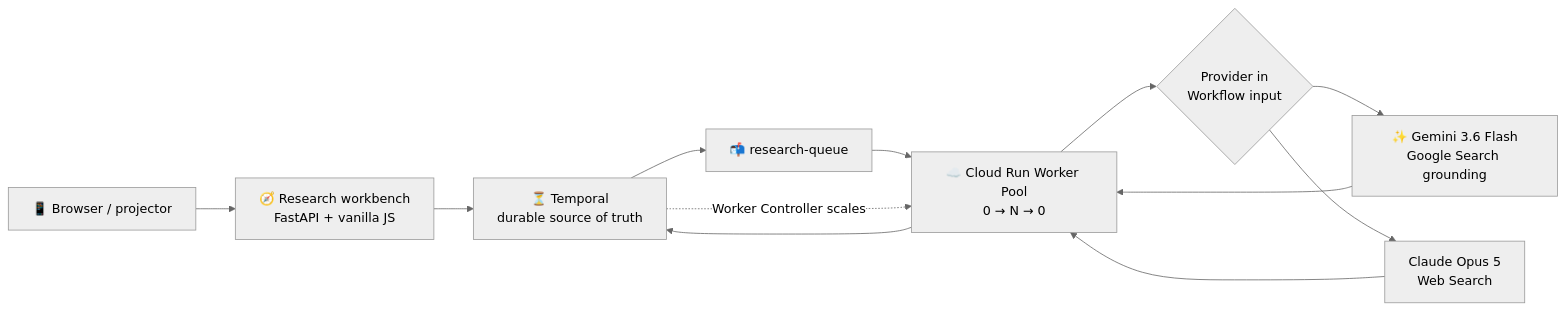
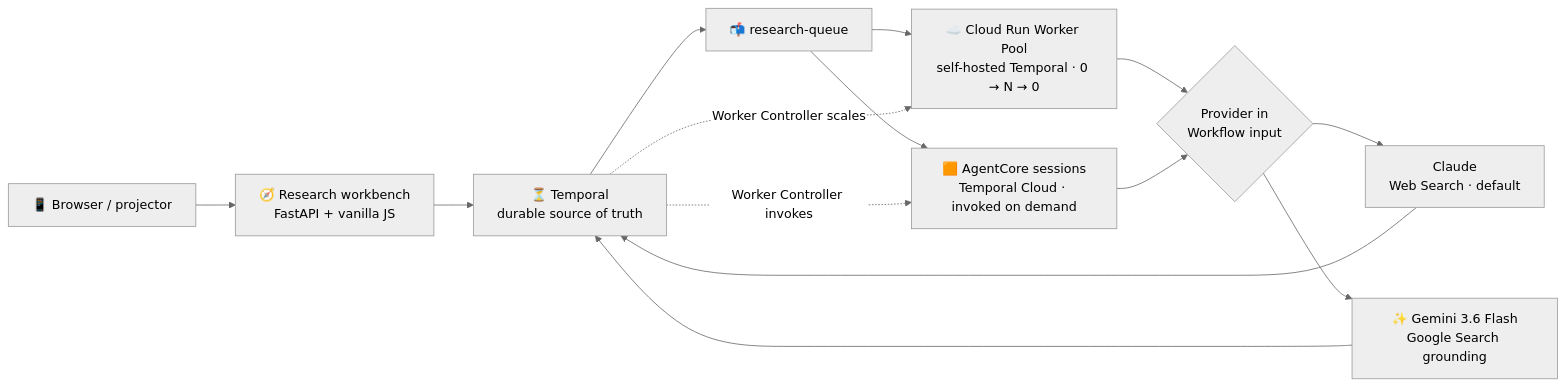
One commit to temporal-community/durable-research-fleet changed the diagram in README.md. Above: the diagram before and after it, drawn with Mermaid (neutral theme). The commit also changed other lines of this file and 6 other files, not shown here.

````diff
--- a/README.md
+++ b/README.md
@@ -43,14 +54,16 @@
 ```mermaid
 flowchart LR
     U["📱 Browser / projector"] --> W["🧭 Research workbench<br/>FastAPI + vanilla JS"]
     W --> T["⏳ Temporal<br/>durable source of truth"]
     T --> Q["📬 research-queue"]
-    Q --> P["☁️ Cloud Run Worker Pool<br/>0 → N → 0"]
-    P --> S{"Provider in<br/>Workflow input"}
+    Q --> CR["☁️ Cloud Run Worker Pool<br/>self-hosted Temporal · 0 → N → 0"]
+    Q --> AC["🟧 AgentCore sessions<br/>Temporal Cloud · invoked on demand"]
+    CR --> S{"Provider in<br/>Workflow input"}
+    AC --> S
+    S --> C["Claude<br/>Web Search · default"]
     S --> G["✨ Gemini 3.6 Flash<br/>Google Search grounding"]
-    S --> C["Claude Opus 5<br/>Web Search"]
-    G --> P
-    C --> P
-    P --> T
-    T -. "Worker Controller scales" .-> P
+    C --> T
+    G --> T
+    T -. "Worker Controller scales" .-> CR
+    T -. "Worker Controller invokes" .-> AC
 ```
````
